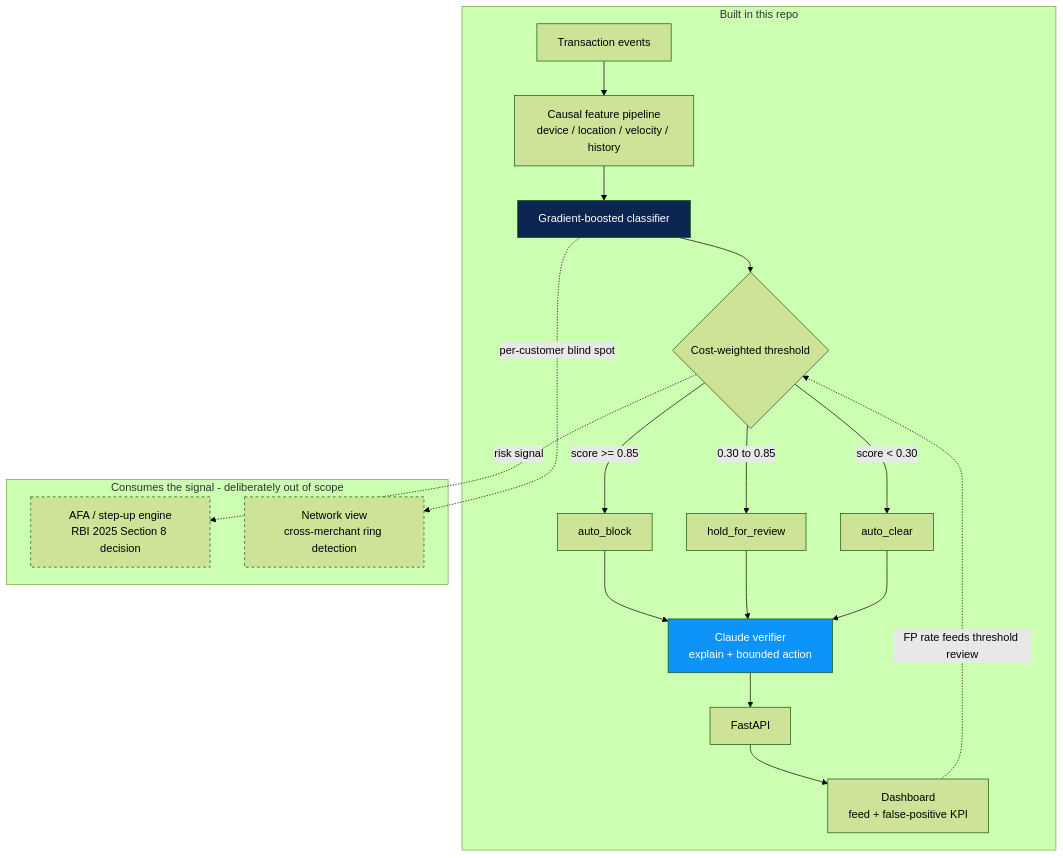
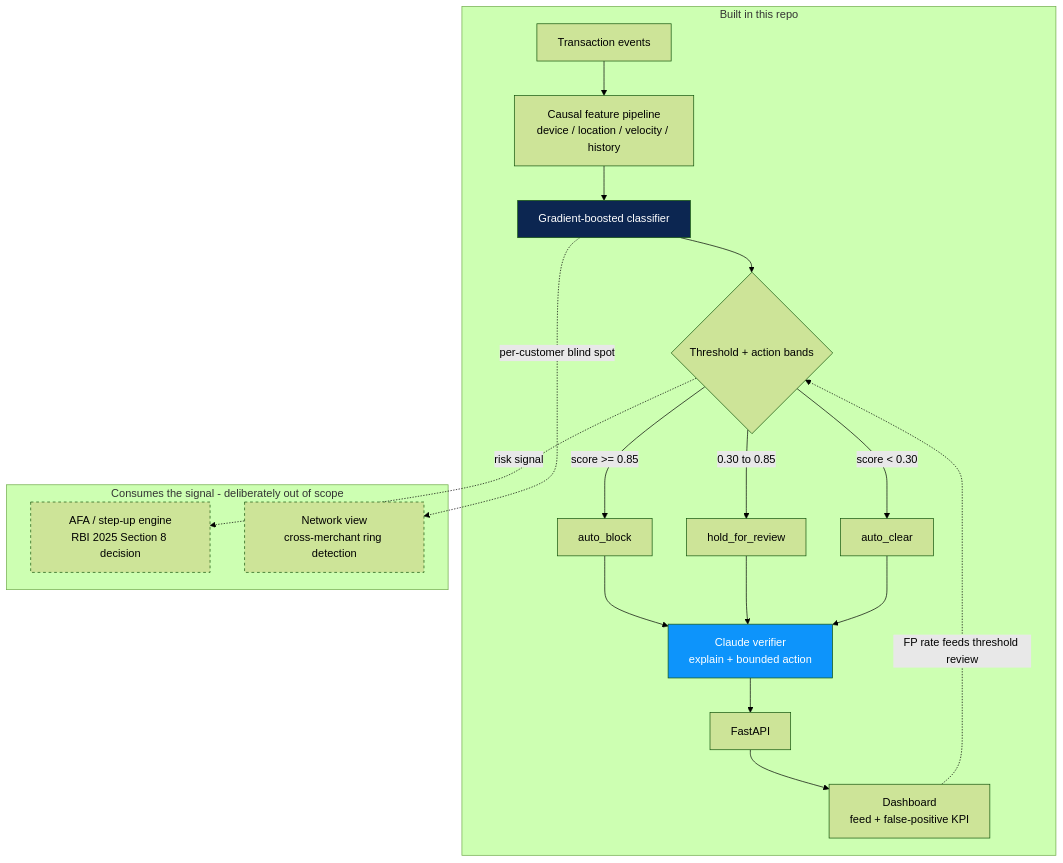
The diagram in README.md (Aahan0605/Razorpay_ps), drawn with Mermaid (forest theme) before and after one commit. The commit also changed other lines of this file, not shown here.

First line of the commit message:
docs: expand limitations; correct threshold claim to F1-optimal not cost-weighted

````diff
--- a/README.md
+++ b/README.md
@@ -28,30 +28,30 @@
 ```mermaid
 flowchart TB
     subgraph BUILT["Built in this repo"]
         A["Transaction events"] --> B["Causal feature pipeline<br/>device / location / velocity / history"]
         B --> C["Gradient-boosted classifier"]
-        C --> D{"Cost-weighted threshold"}
+        C --> D{"Threshold + action bands"}
         D -->|"score >= 0.85"| E["auto_block"]
         D -->|"0.30 to 0.85"| F["hold_for_review"]
         D -->|"score < 0.30"| G["auto_clear"]
         E --> H["Claude verifier<br/>explain + bounded action"]
         F --> H
         G --> H
         H --> I["FastAPI"]
         I --> J["Dashboard<br/>feed + false-positive KPI"]
         J -.->|"FP rate feeds threshold review"| D
     end
 
     subgraph OUT["Consumes the signal - deliberately out of scope"]
         K["AFA / step-up engine<br/>RBI 2025 Section 8 decision"]
         L["Network view<br/>cross-merchant ring detection"]
     end
 
     D -.->|"risk signal"| K
     C -.->|"per-customer blind spot"| L
 
     style C fill:#0C2651,color:#fff
     style H fill:#0D94FB,color:#fff
     style K stroke-dasharray: 4 4
     style L stroke-dasharray: 4 4
 ```
````
